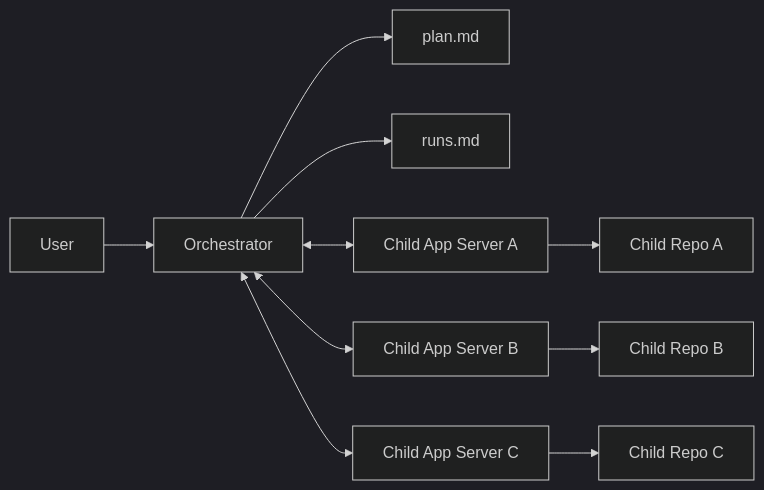
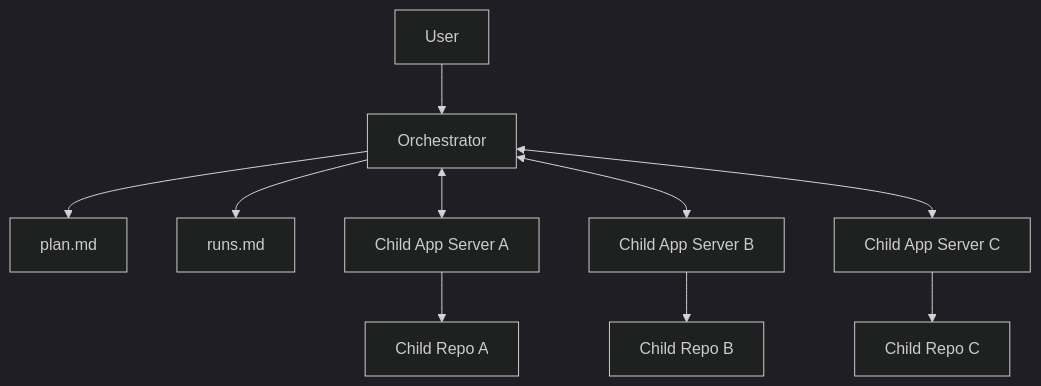
Before and after one commit to yeutterg/codex-orchestrator: the diagram in README.md, drawn with Mermaid (dark theme). The commit also changed other lines of this file, not shown here.

Commit message:
Refine README diagram and prompt examples

````diff
--- a/README.md
+++ b/README.md
@@ -18,14 +18,12 @@
 ```mermaid
-flowchart LR
+flowchart TD
     U[User] --> O[Orchestrator]
     O --> P[plan.md]
     O --> R[runs.md]
-
     O <--> A[Child App Server A]
     O <--> B[Child App Server B]
     O <--> C[Child App Server C]
-
     A --> RA[Child Repo A]
     B --> RB[Child Repo B]
     C --> RC[Child Repo C]
 ```
````
